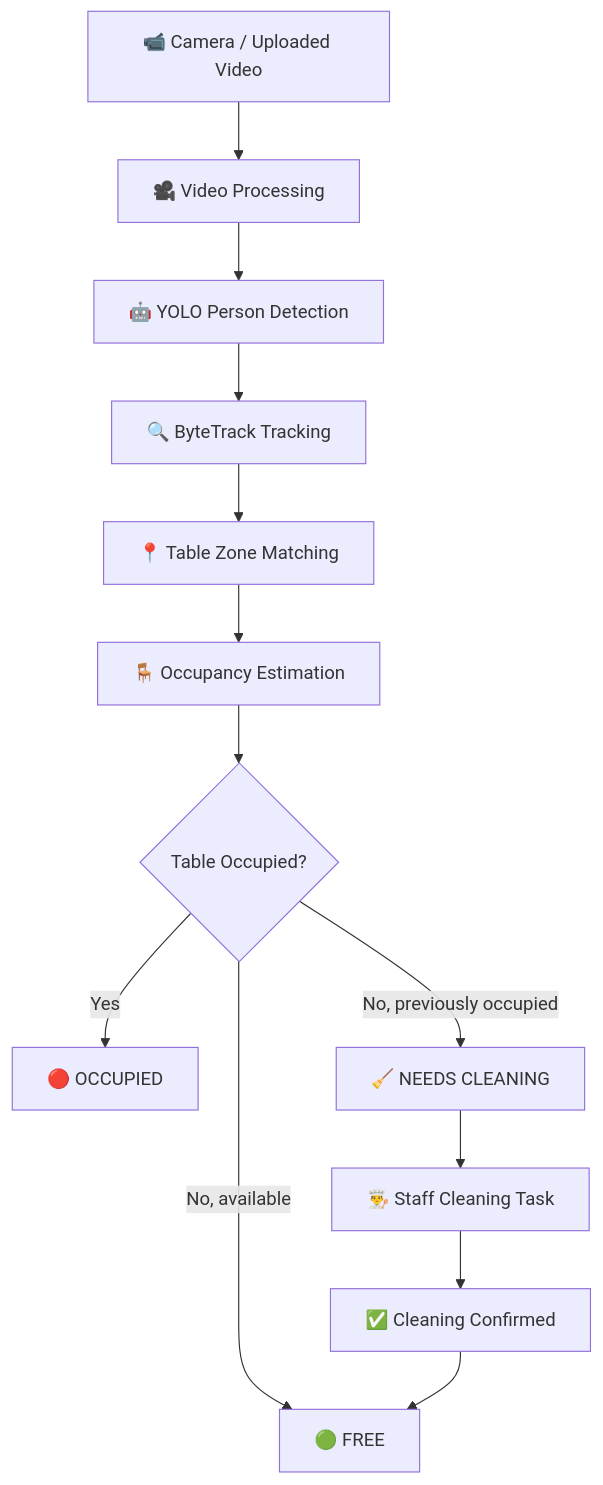
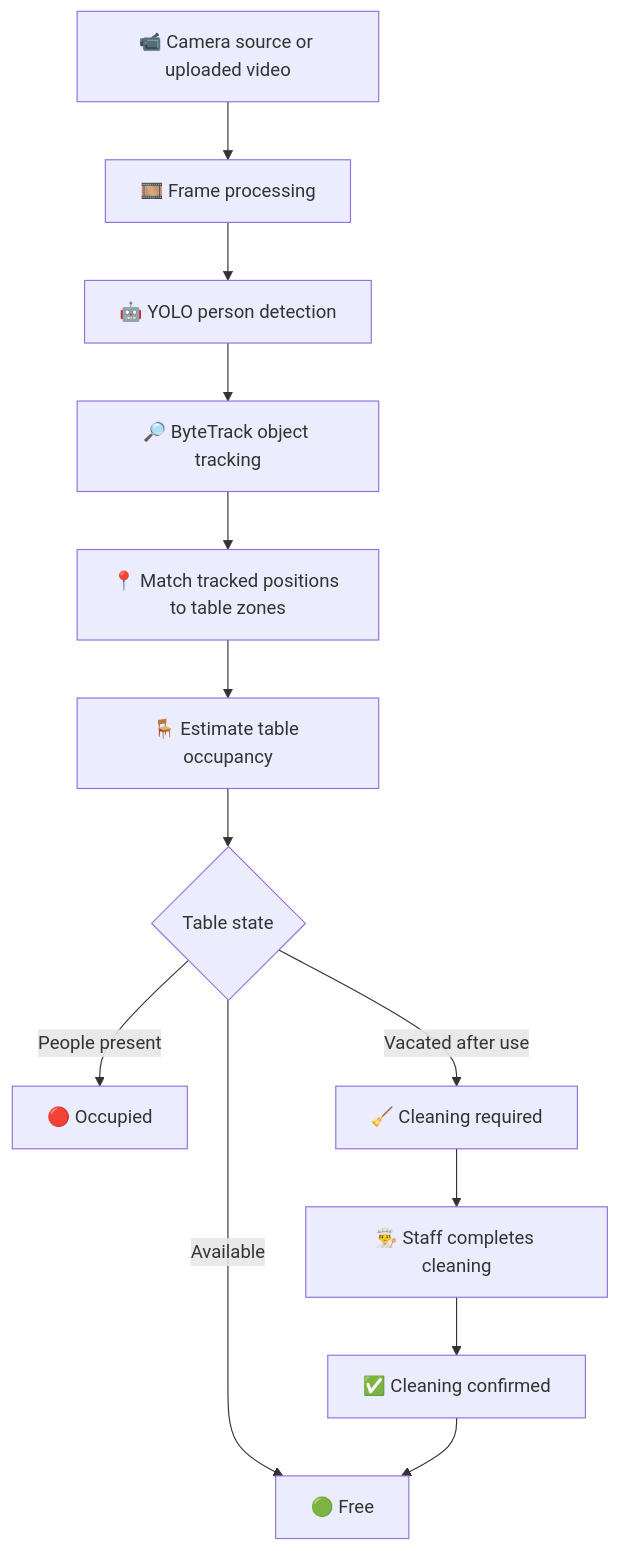
Before and after one commit to Chaman4211/RestroMind: the first of 3 diagrams in README.md, drawn with Mermaid. The commit also changed other lines of this file, not shown here.

````diff
--- a/README.md
+++ b/README.md
@@ -151,15 +158,15 @@
-```mermaid
+~~~mermaid
 flowchart TD
-    A["📹 Camera / Uploaded Video"] --> B["🎥 Video Processing"]
-    B --> C["🤖 YOLO Person Detection"]
-    C --> D["🔍 ByteTrack Tracking"]
-    D --> E["📍 Table Zone Matching"]
-    E --> F["🪑 Occupancy Estimation"]
-    F --> G{"Table Occupied?"}
-    G -->|Yes| H["🔴 OCCUPIED"]
-    G -->|No, previously occupied| I["🧹 NEEDS CLEANING"]
-    G -->|No, available| J["🟢 FREE"]
-    I --> K["👨‍🍳 Staff Cleaning Task"]
-    K --> L["✅ Cleaning Confirmed"]
+    A["📹 Camera source or uploaded video"] --> B["🎞️ Frame processing"]
+    B --> C["🤖 YOLO person detection"]
+    C --> D["🔎 ByteTrack object tracking"]
+    D --> E["📍 Match tracked positions to table zones"]
+    E --> F["🪑 Estimate table occupancy"]
+    F --> G{"Table state"}
+    G -->|"People present"| H["🔴 Occupied"]
+    G -->|"Vacated after use"| I["🧹 Cleaning required"]
+    G -->|"Available"| J["🟢 Free"]
+    I --> K["👨‍🍳 Staff completes cleaning"]
+    K --> L["✅ Cleaning confirmed"]
     L --> J
-```
+~~~
````
